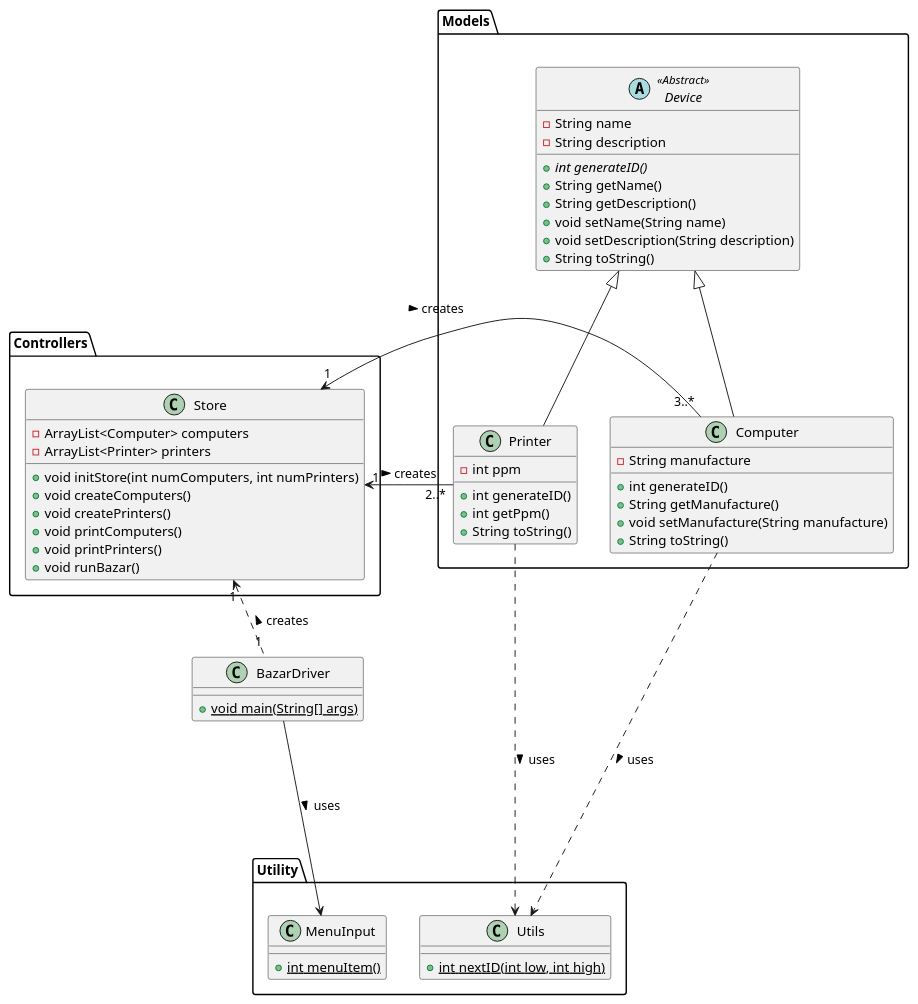
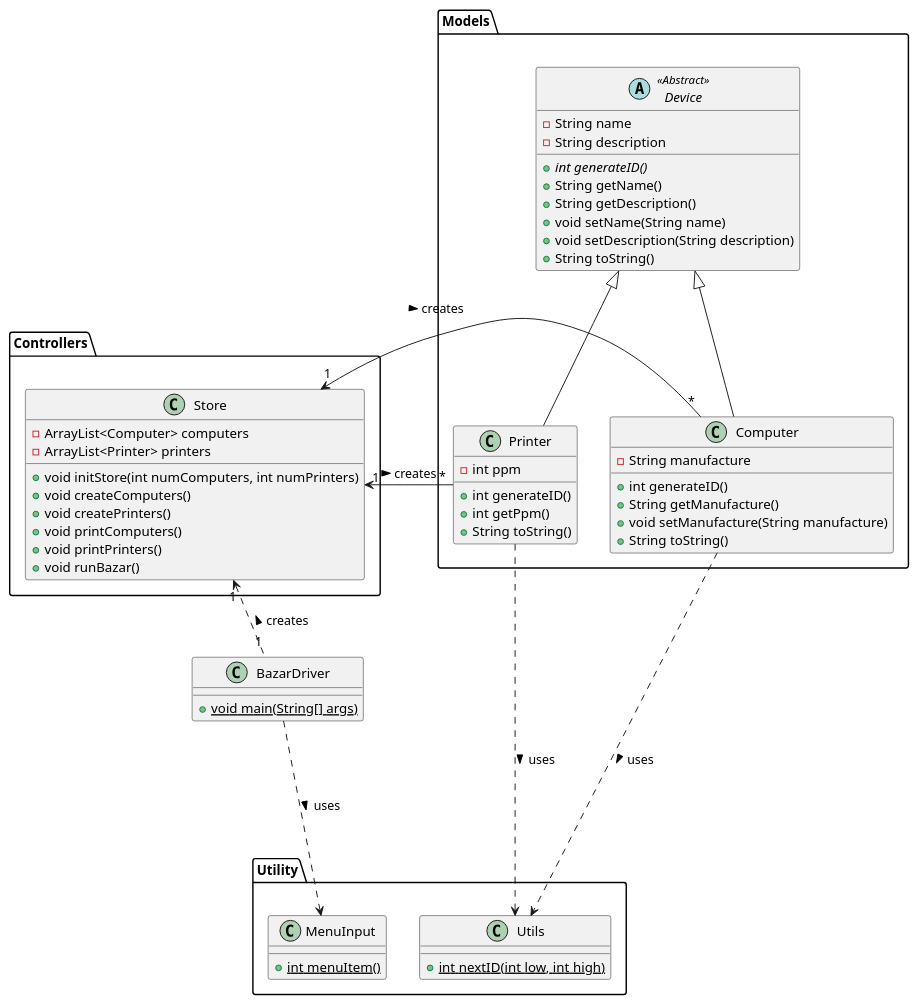
One commit to jenul-ferdinand/digital-bazaar changed the diagram in Docs/Diagram.puml. Above: the diagram before and after it, drawn with PlantUML. The commit also changed 13 other files, not shown here.

```diff
--- a/Docs/Diagram.puml
+++ b/Docs/Diagram.puml
@@ -1,74 +1,74 @@
 @startuml
 
 
 class BazarDriver {
     + {static} void main(String[] args)
 }
 
 package Controllers {
     class Store {
         - ArrayList<Computer> computers
         - ArrayList<Printer> printers
         + void initStore(int numComputers, int numPrinters)
         + void createComputers()
         + void createPrinters()
         + void printComputers()
         + void printPrinters()
         + void runBazar()
     }
 }
 
 package Models {
 
     class Printer {
         - int ppm
         + int generateID()
         + int getPpm()
         + String toString()
     }
 
     class Computer {
         - String manufacture
         + int generateID()
         + String getManufacture()
         + void setManufacture(String manufacture)
         + String toString()
     }
 
     abstract class Device <<Abstract>> {
         - String name
         - String description
         + {abstract} int generateID()
         + String getName()
         + String getDescription()
         + void setName(String name)
         + void setDescription(String description)
         + String toString()
     }
 }
 
 package Utility {
     class MenuInput {
         + {static} int menuItem()
     }
 
     class Utils {
         + {static} int nextID(int low, int high)
     }
 }
 
 
 Printer -u-|> Device
 Computer -u-|> Device
 
-Printer "2..*" -r-> "1" Store : creates <
-Computer "3..*" -l-> "1" Store : creates <
+Printer "*" -r-> "1" Store : creates <
+Computer "*" -l-> "1" Store : creates <
 
 Printer ...> Utils : uses >
 Computer ...>  Utils : uses >
 
 BazarDriver "1" .u.> "1" Store : creates >
-BazarDriver ---> MenuInput : uses >
+BazarDriver ...> MenuInput : uses >
 
 
 @enduml
```
